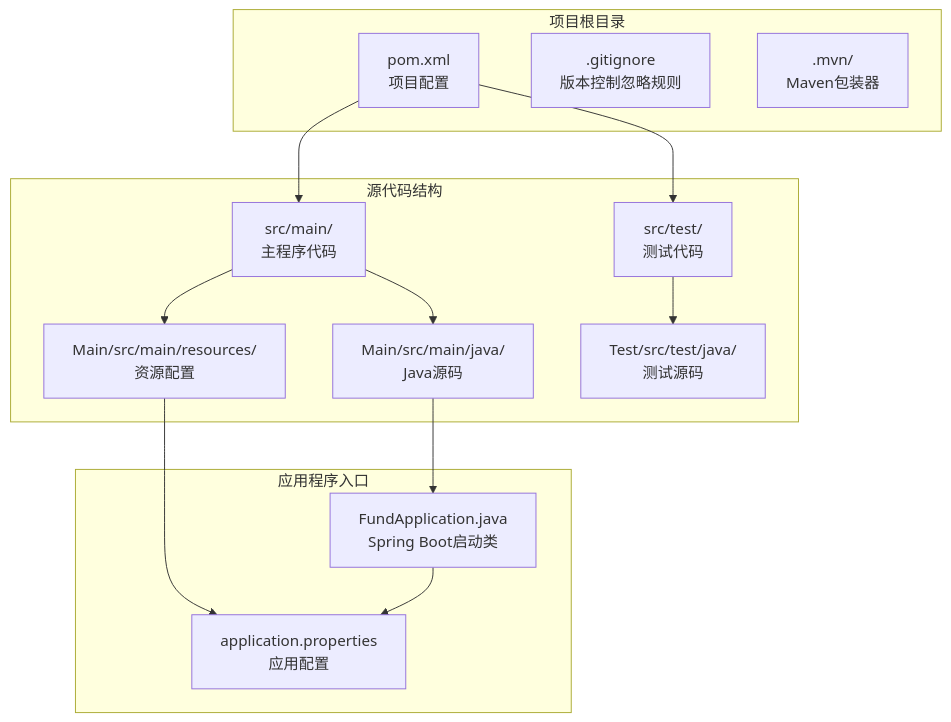
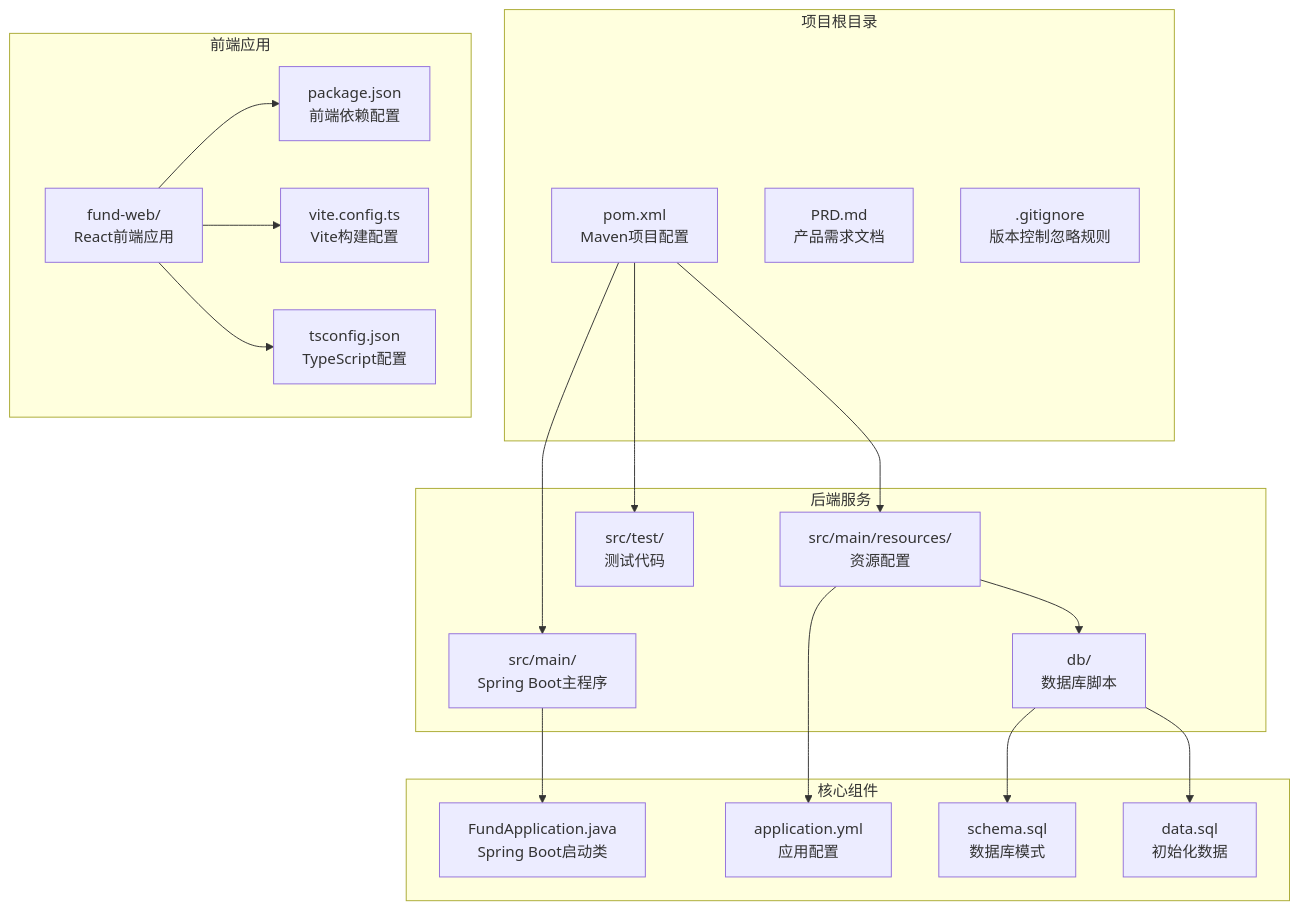
One commit to gree-coder/fund-butler changed the first of 5 diagrams in .qoder/repowiki/zh/content/部署指南.md. Above: the diagram before and after it, drawn with Mermaid. The commit also changed other lines of this file and 10 other files, not shown here.

````diff
--- a/.qoder/repowiki/zh/content/部署指南.md
+++ b/.qoder/repowiki/zh/content/部署指南.md
@@ -40,27 +42,37 @@
 ```mermaid
 graph TB
 subgraph "项目根目录"
-Root[pom.xml<br/>项目配置]
+Root[pom.xml<br/>Maven项目配置]
+PRD[PRD.md<br/>产品需求文档]
 Git[.gitignore<br/>版本控制忽略规则]
-MVN[.mvn/<br/>Maven包装器]
 end
-subgraph "源代码结构"
-Main[src/main/<br/>主程序代码]
+subgraph "后端服务"
+Main[src/main/<br/>Spring Boot主程序]
+Resources[src/main/resources/<br/>资源配置]
+DB[db/<br/>数据库脚本]
 Test[src/test/<br/>测试代码]
-MainJava[Main/src/main/java/<br/>Java源码]
-MainRes[Main/src/main/resources/<br/>资源配置]
-TestJava[Test/src/test/java/<br/>测试源码]
 end
-subgraph "应用程序入口"
+subgraph "前端应用"
+Web[fund-web/<br/>React前端应用]
+Package[package.json<br/>前端依赖配置]
+Vite[vite.config.ts<br/>Vite构建配置]
+TS[tsconfig.json<br/>TypeScript配置]
+end
+subgraph "核心组件"
 App[FundApplication.java<br/>Spring Boot启动类]
-Config[application.properties<br/>应用配置]
+Config[application.yml<br/>应用配置]
+Schema[schema.sql<br/>数据库模式]
+Data[data.sql<br/>初始化数据]
 end
 Root --> Main
+Root --> Resources
 Root --> Test
-Main --> MainJava
-Main --> MainRes
-Test --> TestJava
-MainJava --> App
-MainRes --> Config
-App --> Config
+Main --> App
+Resources --> Config
+Resources --> DB
+DB --> Schema
+DB --> Data
+Web --> Package
+Web --> Vite
+Web --> TS
 ```
````
